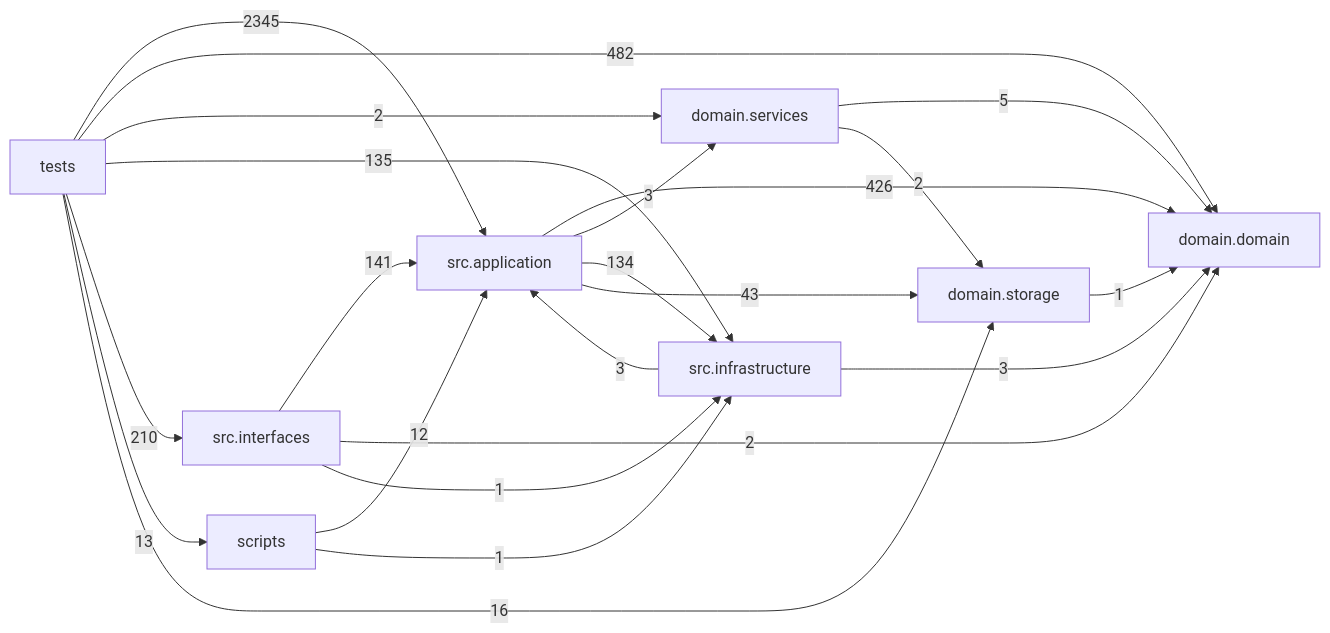
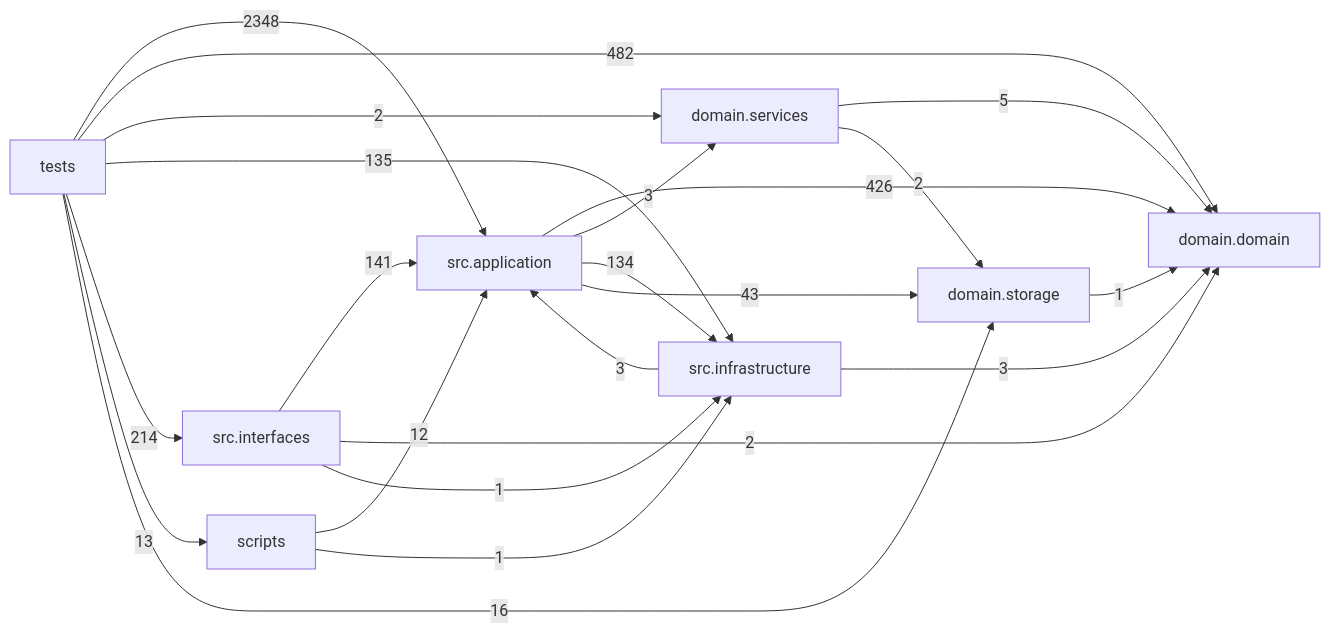
The diagram in docs/DEPENDENCY_GRAPH.md (liuxie066/options-monitor), drawn with Mermaid before and after one commit. The commit also changed other lines of this file and 7 other files, not shown here.

````diff
--- a/docs/DEPENDENCY_GRAPH.md
+++ b/docs/DEPENDENCY_GRAPH.md
@@ -24,32 +24,32 @@
 ```mermaid
 flowchart LR
   tests["tests"]
   scripts["scripts"]
   interfaces["src.interfaces"]
   application["src.application"]
   infrastructure["src.infrastructure"]
   domain_services["domain.services"]
   domain["domain.domain"]
   storage["domain.storage"]
   application -->|426| domain
   application -->|3| domain_services
   application -->|134| infrastructure
   application -->|43| storage
   domain_services -->|5| domain
   domain_services -->|2| storage
   infrastructure -->|3| application
   infrastructure -->|3| domain
   interfaces -->|141| application
   interfaces -->|2| domain
   interfaces -->|1| infrastructure
   scripts -->|12| application
   scripts -->|1| infrastructure
   storage -->|1| domain
-  tests -->|2345| application
+  tests -->|2348| application
   tests -->|482| domain
   tests -->|2| domain_services
   tests -->|135| infrastructure
-  tests -->|210| interfaces
+  tests -->|214| interfaces
   tests -->|13| scripts
   tests -->|16| storage
 ```
````
